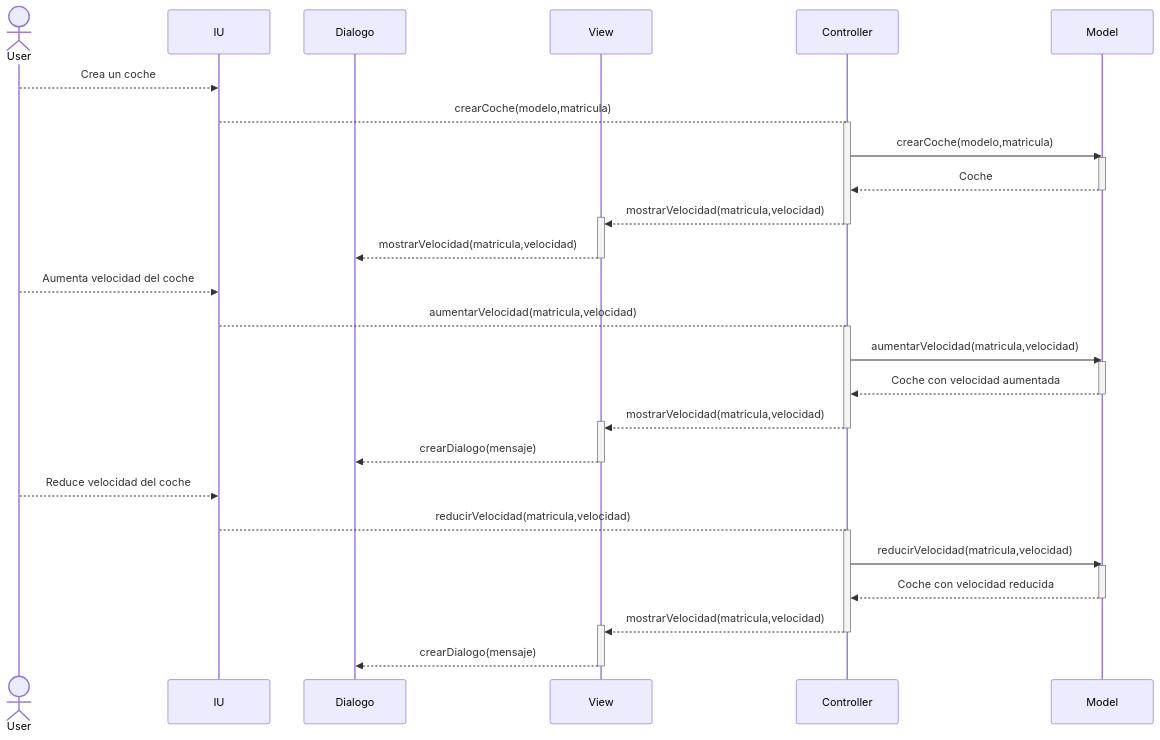
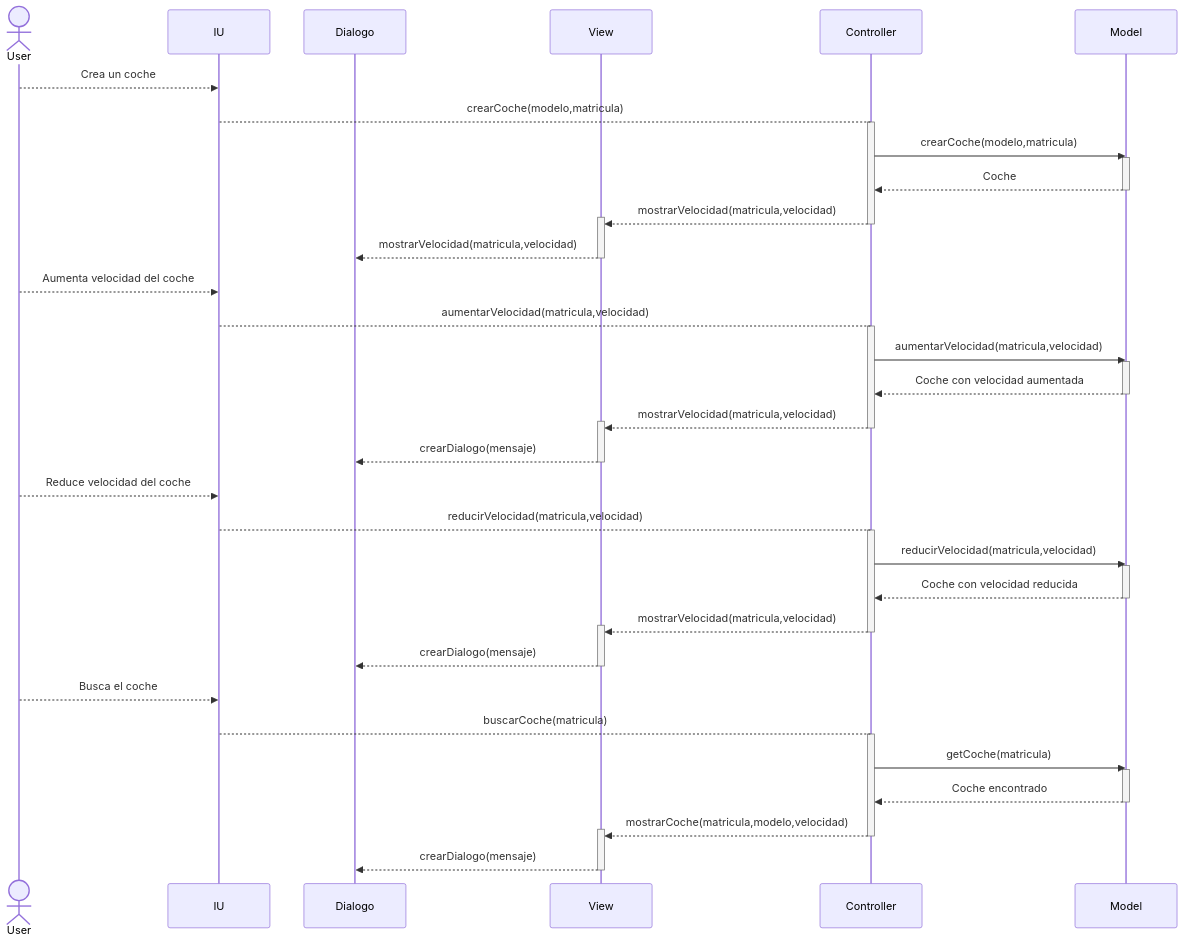
One commit to JorgeAmestoy/MVC_coches changed the third of 3 diagrams in Readme.md. Above: the diagram before and after it, drawn with Mermaid. The commit also changed other lines of this file, not shown here.

````diff
--- a/Readme.md
+++ b/Readme.md
@@ -101,46 +118,57 @@
 ```mermaid
 sequenceDiagram
 actor User
     participant IU
     participant Dialogo
     participant View
     participant Controller
     participant Model    
     
     
     User-->>IU: Crea un coche
     IU-->Controller: crearCoche(modelo,matricula)
     activate Controller
     Controller->>Model: crearCoche(modelo,matricula)
     activate Model
     Model-->>Controller: Coche
     deactivate Model
     Controller-->>+View: mostrarVelocidad(matricula,velocidad)
     deactivate Controller
     View-->>-Dialogo: mostrarVelocidad(matricula,velocidad)  
       
     User-->>IU: Aumenta velocidad del coche
     IU-->Controller: aumentarVelocidad(matricula,velocidad)
     activate Controller
     Controller->>Model: aumentarVelocidad(matricula,velocidad)
     activate Model
     Model-->>Controller: Coche con velocidad aumentada
     deactivate Model
     Controller-->>+View: mostrarVelocidad(matricula,velocidad)
     deactivate Controller
     View-->>-Dialogo: crearDialogo(mensaje) 
        
     User-->>IU: Reduce velocidad del coche
     IU-->Controller: reducirVelocidad(matricula,velocidad)
     activate Controller
     Controller->>Model: reducirVelocidad(matricula,velocidad)
     activate Model
     Model-->>Controller: Coche con velocidad reducida
     deactivate Model
     Controller-->>+View: mostrarVelocidad(matricula,velocidad)
     deactivate Controller
     View-->>-Dialogo: crearDialogo(mensaje)
     
+     User-->>IU: Busca el coche
+    IU-->Controller: buscarCoche(matricula)
+    activate Controller
+    Controller->>Model: getCoche(matricula)
+    activate Model
+    Model-->>Controller: Coche encontrado
+    deactivate Model
+    Controller-->>+View: mostrarCoche(matricula,modelo,velocidad)
+    deactivate Controller
+    View-->>-Dialogo: crearDialogo(mensaje)
+    
     
    
 ```
````
